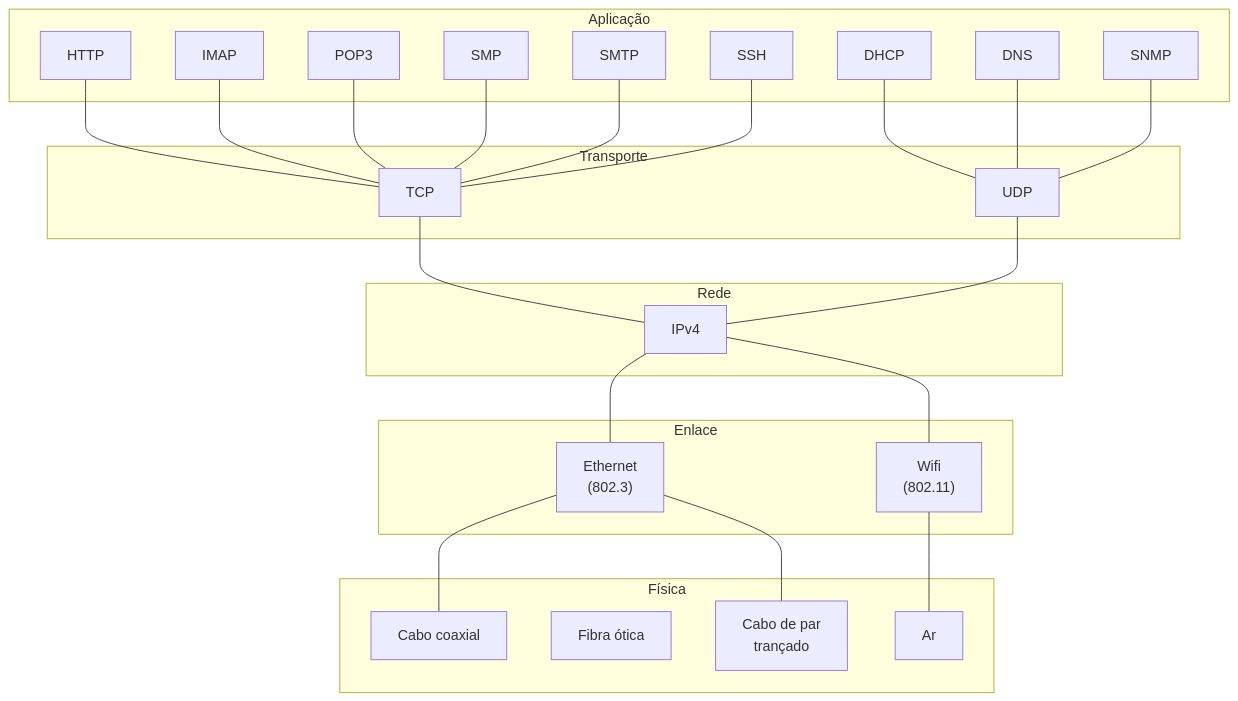
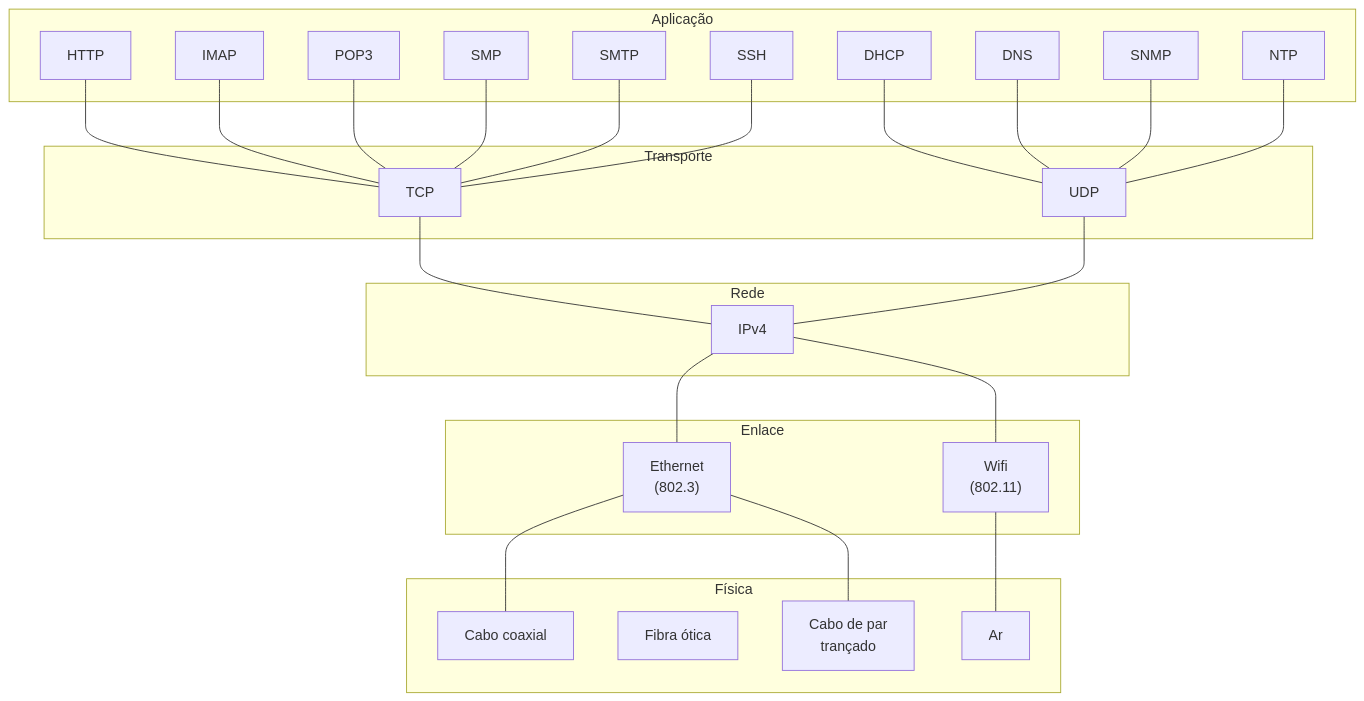
The diagram in diagramas/fluxogramas/protocolos-tcp-ip.md (ifrnlab/netlab), drawn with Mermaid before and after one commit.

````diff
--- a/diagramas/fluxogramas/protocolos-tcp-ip.md
+++ b/diagramas/fluxogramas/protocolos-tcp-ip.md
@@ -3,47 +3,48 @@
 ```mermaid
 graph BT
 
   %% Declaração de um sub-grafo para cada camada
   
   subgraph Aplicação
     dhcp[DHCP]
     dns[DNS]
     http[HTTP]
     imap[IMAP]
     pop3[POP3]
     smb[SMP]
     smtp[SMTP]
     snmp[SNMP]
     ssh[SSH]
+    ntp[NTP]
   end
 
   subgraph Transporte
     tcp[TCP]
     udp[UDP]
   end
 
   subgraph Rede
     ipv4[IPv4]
   end
   
   subgraph Enlace
     ethernet["Ethernet<br>(802.3)"]
     wifi["Wifi<br>(802.11)"]
   end
   
   subgraph Física
     coaxial[Cabo coaxial]
     fibra[Fibra ótica]
     utp["Cabo de par<br>trançado"]
     ar[Ar]
   end
   
   coaxial & utp --- ethernet
   ar --- wifi
   
   
   ethernet & wifi --- ipv4
   ipv4 --- tcp & udp
-  udp --- dhcp & dns & snmp
+  udp --- dhcp & dns & snmp & ntp
   tcp --- http & imap & pop3 & smb & smtp & ssh
 ```
````
